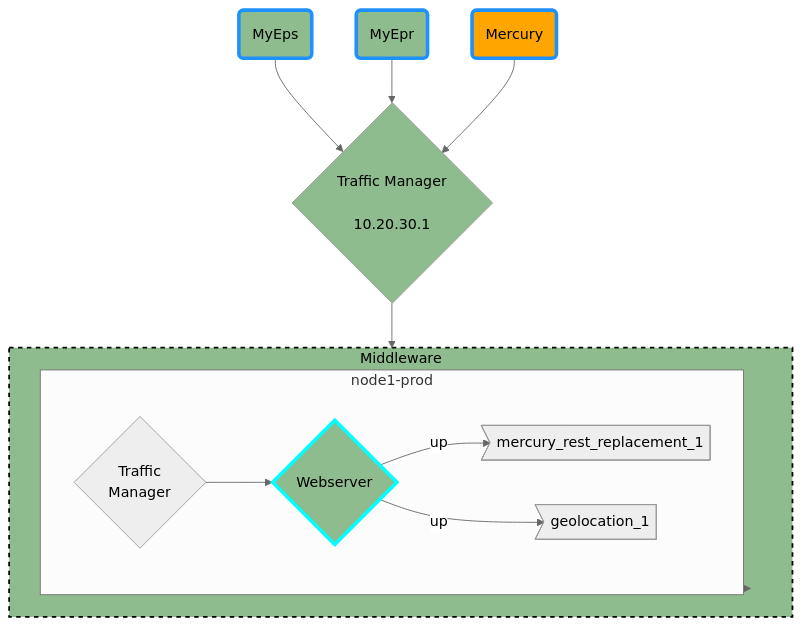
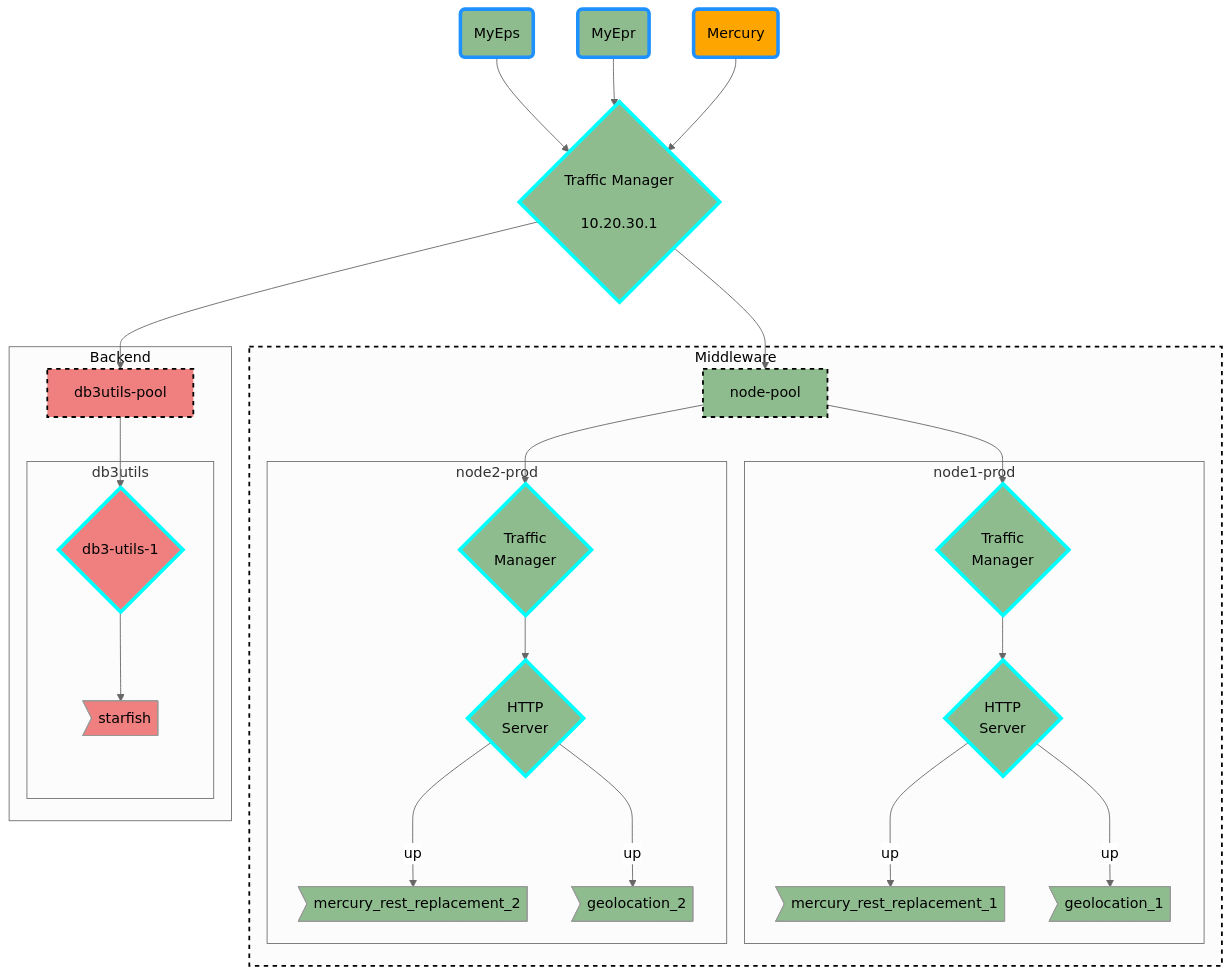
Before and after one commit to EproductiveReleases/whatsup: the diagram in README.md, drawn with Mermaid. The commit also changed other lines of this file, not shown here.

Commit message:
initial dev

````diff
--- a/README.md
+++ b/README.md
@@ -4,45 +4,86 @@
 %%{init: {'theme': 'neutral', "flowchart" : { "curve" : "basis" } } }%%
 graph TD
  linkStyle default interpolate basis
- myeps(<center><a style='text-decoration:none' href='https://github.com/EproductiveReleases/whatsup/blob/main/applications/myeps/README.md'><span style='color:black'>MyEps</span></a></center>)-->tm
- myepr(<center><a style='text-decoration:none' href='https://github.com/EproductiveReleases/whatsup/blob/main/applications/myepr/README.md'><span style='color:black'>MyEpr</span></a></center>)-->tm
- mercury(<center><a style='text-decoration:none' href='https://github.com/EproductiveReleases/whatsup/blob/main/applications/mercury/README.md'><span style='color:black'>Mercury</span></a></center>)-->tm
+ myeps(<center><a style='text-decoration:none' href='/main/applications/myeps/README.md'><span style='color:black'>MyEps</span></a></center>)-->tm
+ myepr(<center><a style='text-decoration:none' href='/main/applications/myepr/README.md'><span style='color:black'>MyEpr</span></a></center>)-->tm
+ mercury(<center><a style='text-decoration:none' href='/main/applications/mercury/README.md'><span style='color:black'>Mercury</span></a></center>)-->tm
  tm{<center>Traffic Manager<br><br>10.20.30.1</center>}
- subgraph node-pool[<center><a style='text-decoration:none' href='https://github.com/EproductiveReleases/whatsup/blob/main/applications/myeps/README.md'><span style='color:black'>Middleware</span></a></center>]
+ subgraph mw[<center><a style='text-decoration:none' href='/main/applications/myeps/README.md'><span style='color:black'>Middleware</span></a></center>]
+  node-pool
   subgraph node1-prod
-    traefik-node1-prod{<center><a style='text-decoration:none' href='https://github.com/EproductiveReleases/whatsup/blob/main/applications/myeps/README.md'><span style='color:black'>Traffic<br/>Manager</span></a></center>}
-    iis-node1-prod{<center><a style='text-decoration:none' href='https://github.com/EproductiveReleases/whatsup/blob/main/applications/myeps/README.md'><span style='color:black'>Webserver</span></a></center>}
-    mercury-rest_1><center><a style='text-decoration:none' href='https://github.com/EproductiveReleases/whatsup/blob/main/applications/myeps/README.md'><span style='color:black'>mercury_rest_replacement_1</span></a></center>]
-    geolocation_1><center><a style='text-decoration:none' href='https://github.com/EproductiveReleases/whatsup/blob/main/applications/myeps/README.md'><span style='color:black'>geolocation_1</span></a></center>]
+    traefik-node1-prod{<center><a style='text-decoration:none' href='/main/applications/myeps/README.md'><span style='color:black'>Traffic<br/>Manager</span></a></center>}
+    iis-node1-prod{<center><a style='text-decoration:none' href='/main/applications/myeps/README.md'><span style='color:black'>HTTP<br/>Server</span></a></center>}
+    mercury-rest_1><center><a style='text-decoration:none' href='/main/applications/myeps/README.md'><span style='color:black'>mercury_rest_replacement_1</span></a></center>]
+    geolocation_1><center><a style='text-decoration:none' href='/main/applications/myeps/README.md'><span style='color:black'>geolocation_1</span></a></center>]
+  end
+  subgraph node2-prod
+    traefik-node2-prod{<center><a style='text-decoration:none' href='/main/applications/myeps/README.md'><span style='color:black'>Traffic<br/>Manager</span></a></center>}
+    iis-node2-prod{<center><a style='text-decoration:none' href='/main/applications/myeps/README.md'><span style='color:black'>HTTP<br/>Server</span></a></center>}
+    mercury-rest_2><center><a style='text-decoration:none' href='/main/applications/myeps/README.md'><span style='color:black'>mercury_rest_replacement_2</span></a></center>]
+    geolocation_2><center><a style='text-decoration:none' href='/main/applications/myeps/README.md'><span style='color:black'>geolocation_2</span></a></center>]
+  end
+ end
+ subgraph be[<center><a style='text-decoration:none' href='/main/applications/myeps/README.md'><span style='color:black'>Backend</span></a></center>]
+  db3utils-pool
+  subgraph db3utils
+    db3-utils-1{<center><a style='text-decoration:none' href='/main/applications/myeps/README.md'><span style='color:black'>db3-utils-1</span></a></center>}
+    starfish><center><a style='text-decoration:none' href='/main/applications/myeps/README.md'><span style='color:black'>starfish</span></a></center>]
   end
  end
 
  tm-->node-pool
- node-pool-->node1-prod
+ tm-->db3utils-pool
+ db3utils-pool-->db3-utils-1
+ db3-utils-1-->starfish
+ node-pool-->traefik-node1-prod
+ node-pool-->traefik-node2-prod
  traefik-node1-prod-->iis-node1-prod
  iis-node1-prod-->|up|mercury-rest_1
  iis-node1-prod-->|up|geolocation_1
+ traefik-node2-prod-->iis-node2-prod
+ iis-node2-prod-->|up|mercury-rest_2
+ iis-node2-prod-->|up|geolocation_2
 
 classDef up fill:darkseagreen
 classDef issue fill:orange
-classDef down fill:orangered
+classDef down fill:lightcoral
 
 classDef app stroke:dodgerblue,stroke-width:4px
+classDef group stroke:black,stroke-width:2px,stroke-dasharray: 5 5
 classDef pool stroke:black,stroke-width:2px,stroke-dasharray: 5 5
 classDef webserver stroke:cyan,stroke-width:4px
+classDef dbserver stroke:cyan,stroke-width:4px
+classDef tm stroke:cyan,stroke-width:4px
 
+tm:::tm
+traefik-node2-prod:::tm
+traefik-node1-prod:::tm
+mw:::group
 myeps:::app
 myepr:::app
 mercury:::app
 node-pool:::pool
+db3utils-pool:::pool
 iis-node1-prod:::webserver
+iis-node2-prod:::webserver
+db3-utils-1:::dbserver
 
+traefik-node1-prod:::up
+traefik-node2-prod:::up
 iis-node1-prod:::up
+iis-node2-prod:::up
 myeps:::up
 myepr:::up
 mercury:::issue
 tm:::up
 node-pool:::up
+mercury-rest_1:::up
+mercury-rest_2:::up
+geolocation_1:::up
+geolocation_2:::up
 
+db3utils-pool:::down
+db3-utils-1:::down
+starfish:::down
 
 ```
````
